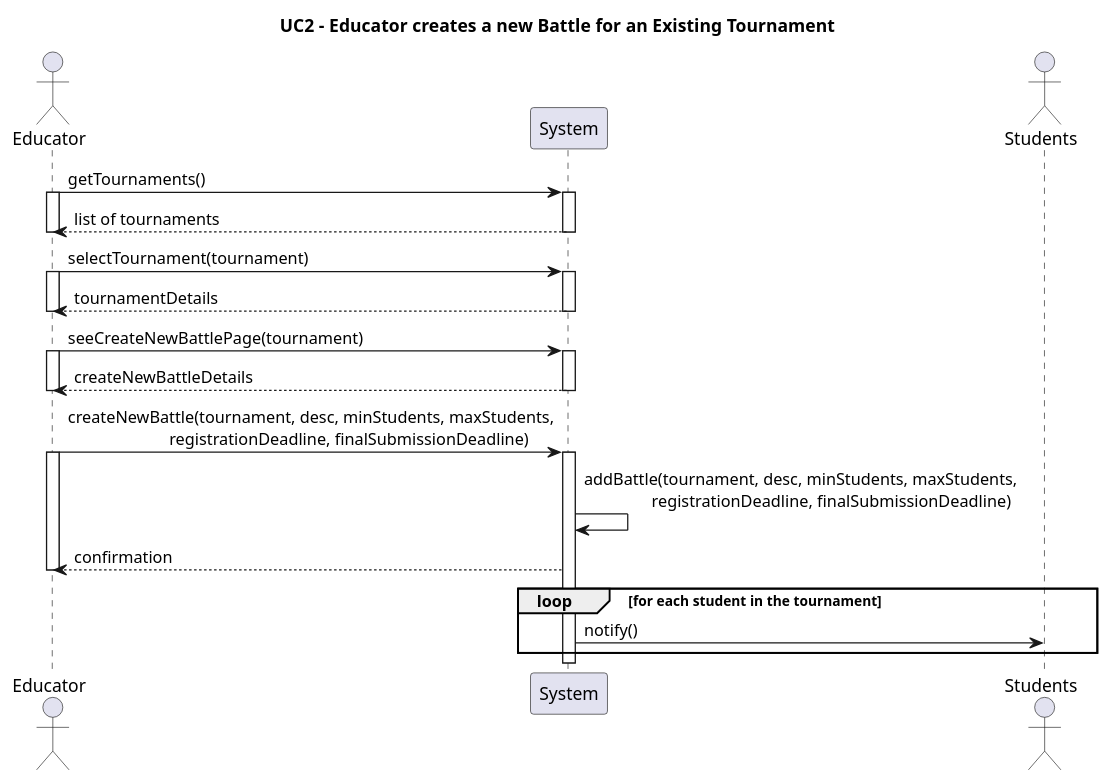
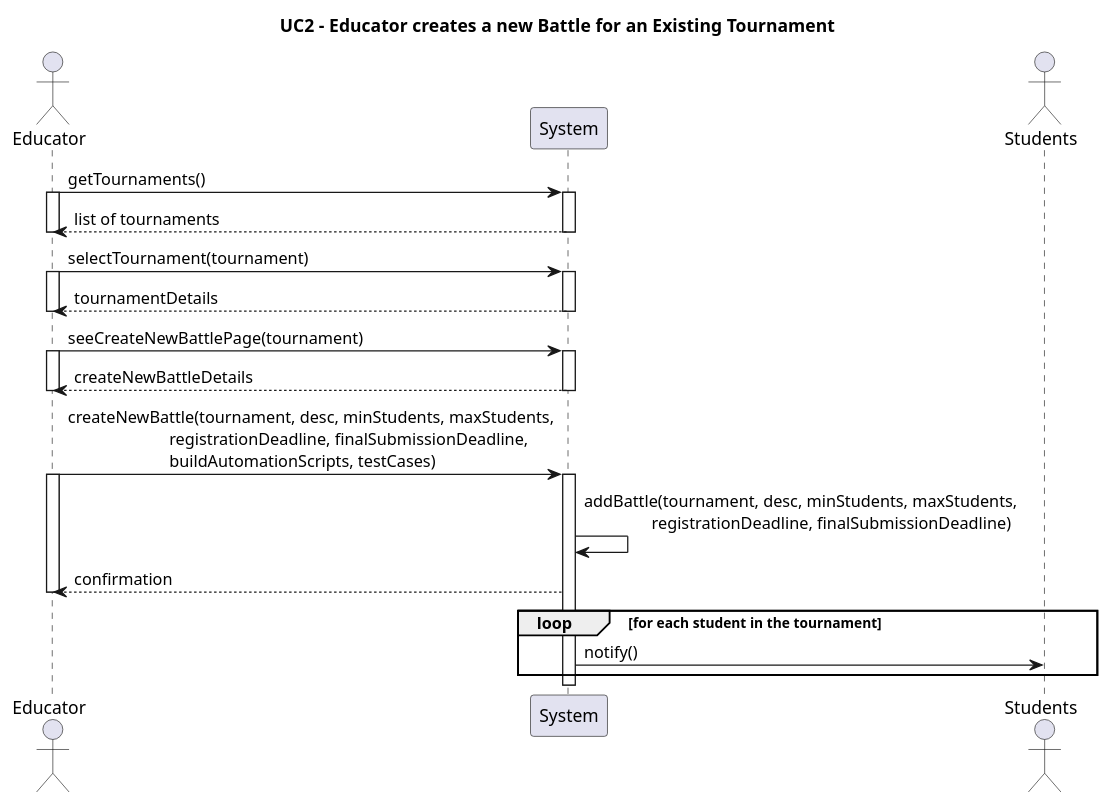
The diagram in rasd/puml/UC2.puml (Furrrlo/CodeKataBattle), drawn with PlantUML before and after one commit. The commit also changed 1 other file, not shown here.

```diff
--- a/rasd/puml/UC2.puml
+++ b/rasd/puml/UC2.puml
@@ -1,44 +1,44 @@
 @startuml UC2
 title UC2 - Educator creates a new Battle for an Existing Tournament    
 
 actor Educator
 
 participant System
 actor Students
 
 Educator -> System ++: getTournaments()
 activate Educator
 System --> Educator--: list of tournaments
 deactivate Educator
 
 Educator -> System ++: selectTournament(tournament)
 activate Educator
 System --> Educator--: tournamentDetails
 deactivate Educator
 
 Educator -> System ++: seeCreateNewBattlePage(tournament)
 activate Educator
 System --> Educator--: createNewBattleDetails
 deactivate Educator
 
-Educator -> System ++: createNewBattle(tournament, desc, minStudents, maxStudents,\n\t\t\tregistrationDeadline, finalSubmissionDeadline)
+Educator -> System ++: createNewBattle(tournament, desc, minStudents, maxStudents,\n\t\t\tregistrationDeadline, finalSubmissionDeadline,\n\t\t\tbuildAutomationScripts, testCases)
 activate Educator
 
 System -> System: addBattle(tournament, desc, minStudents, maxStudents,\n\t\tregistrationDeadline, finalSubmissionDeadline)
 
 System --> Educator: confirmation
 deactivate Educator
 
 loop for each student in the tournament
     System -> Students : notify()
 
 end
 
 
 
 
 
 
 
 
 @enduml
```
